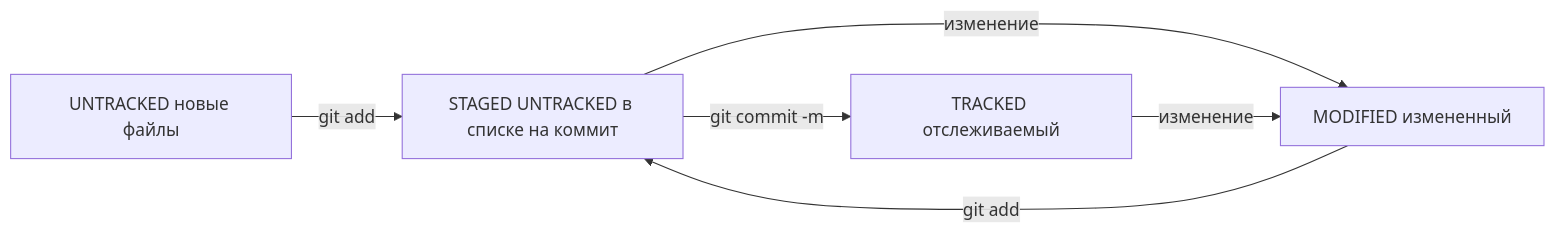
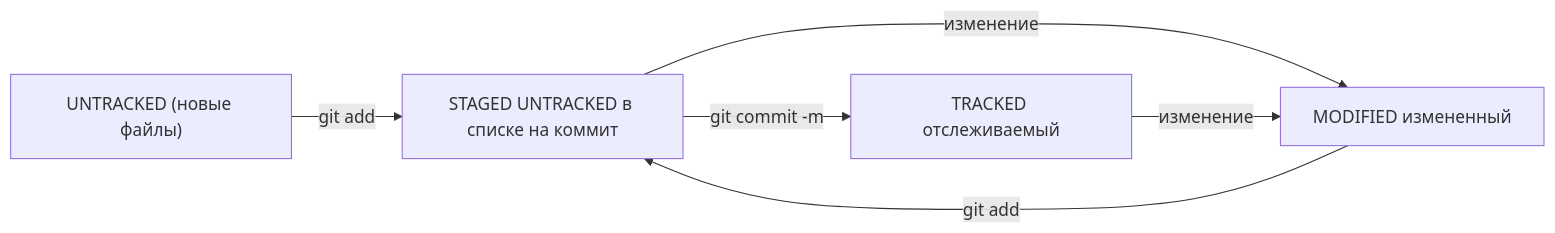
One commit to 01rbr/assistant-project changed the diagram in README.md. Above: the diagram before and after it, drawn with Mermaid.

Commit message:
Тест формата Mermaid

````diff
--- a/README.md
+++ b/README.md
@@ -85,8 +85,8 @@
 ```mermaid
 graph LR;
-   A[UNTRACKED новые файлы] -- "git add"--> B[STAGED UNTRACKED в списке на коммит];
+   A["UNTRACKED (новые файлы)"] -- "git add"--> B[STAGED UNTRACKED в списке на коммит];
    C[MODIFIED измененный] -- "git add"--> B[STAGED UNTRACKED в списке на коммит];
    B[STAGED UNTRACKED в списке на коммит] -- "изменение" --> C[MODIFIED измененный];
    B[STAGED UNTRACKED в списке на коммит] -- "git commit -m" --> D[TRACKED отслеживаемый];
    D[TRACKED отслеживаемый] -- "изменение" --> C[MODIFIED измененный];
 ``` 
````
